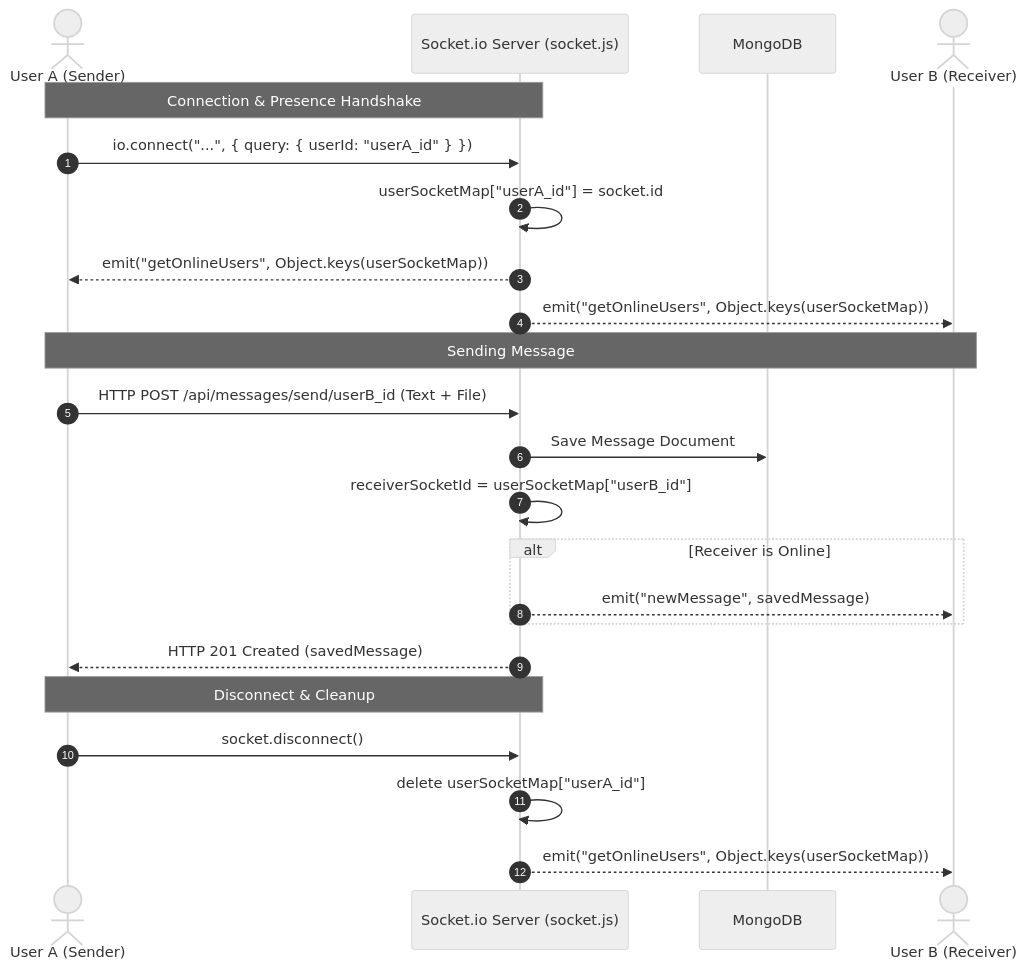
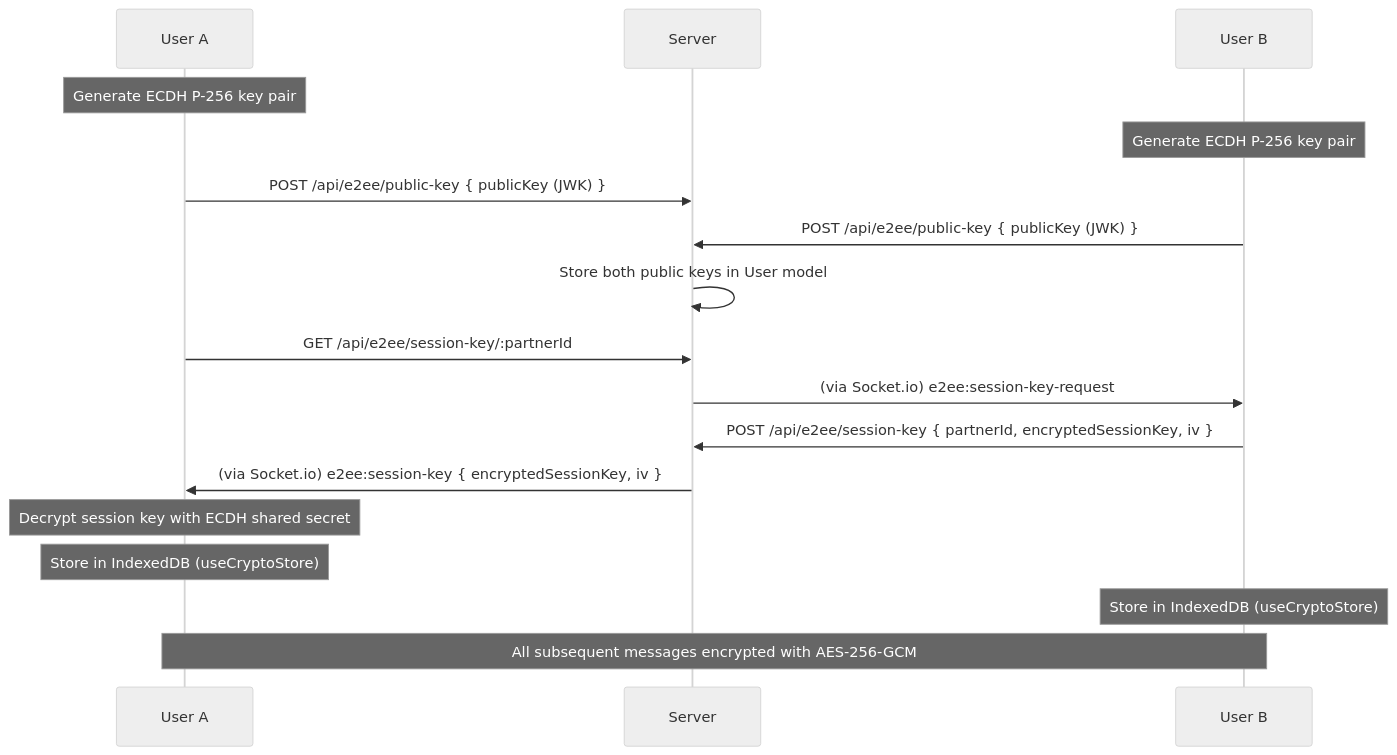
Before and after one commit to ayushnandi718-dev/Chatter: the second of 3 diagrams in docs/ARCHITECTURE.md, drawn with Mermaid (neutral theme). The commit also changed other lines of this file and 12 other files, not shown here.

Commit message:
docs: rewrite all markdown files for current project state + file/voice/document messaging support

````diff
--- a/docs/ARCHITECTURE.md
+++ b/docs/ARCHITECTURE.md
@@ -59,28 +66,24 @@
 ```mermaid
 sequenceDiagram
-    autonumber
-    actor ClientA as User A (Sender)
-    participant SocketServer as Socket.io Server (socket.js)
-    participant DB as MongoDB
-    actor ClientB as User B (Receiver)
+    participant A as User A
+    participant Server as Server
+    participant B as User B
 
-    Note over ClientA,SocketServer: Connection & Presence Handshake
-    ClientA->>SocketServer: io.connect("...", { query: { userId: "userA_id" } })
-    SocketServer->>SocketServer: userSocketMap["userA_id"] = socket.id
-    SocketServer-->>ClientA: emit("getOnlineUsers", Object.keys(userSocketMap))
-    SocketServer-->>ClientB: emit("getOnlineUsers", Object.keys(userSocketMap))
+    Note over A: Generate ECDH P-256 key pair
+    Note over B: Generate ECDH P-256 key pair
 
-    Note over ClientA,ClientB: Sending Message
-    ClientA->>SocketServer: HTTP POST /api/messages/send/userB_id (Text + File)
-    SocketServer->>DB: Save Message Document
-    SocketServer->>SocketServer: receiverSocketId = userSocketMap["userB_id"]
-    alt Receiver is Online
-        SocketServer-->>ClientB: emit("newMessage", savedMessage)
-    end
-    SocketServer-->>ClientA: HTTP 201 Created (savedMessage)
+    A->>Server: POST /api/e2ee/public-key { publicKey (JWK) }
+    B->>Server: POST /api/e2ee/public-key { publicKey (JWK) }
+    Server->>Server: Store both public keys in User model
 
-    Note over ClientA,SocketServer: Disconnect & Cleanup
-    ClientA->>SocketServer: socket.disconnect()
-    SocketServer->>SocketServer: delete userSocketMap["userA_id"]
-    SocketServer-->>ClientB: emit("getOnlineUsers", Object.keys(userSocketMap))
+    A->>Server: GET /api/e2ee/session-key/:partnerId
+    Server->>B: (via Socket.io) e2ee:session-key-request
+    B->>Server: POST /api/e2ee/session-key { partnerId, encryptedSessionKey, iv }
+    Server->>A: (via Socket.io) e2ee:session-key { encryptedSessionKey, iv }
+
+    Note over A: Decrypt session key with ECDH shared secret
+    Note over A: Store in IndexedDB (useCryptoStore)
+    Note over B: Store in IndexedDB (useCryptoStore)
+
+    Note over A,B: All subsequent messages encrypted with AES-256-GCM
 ```
````
